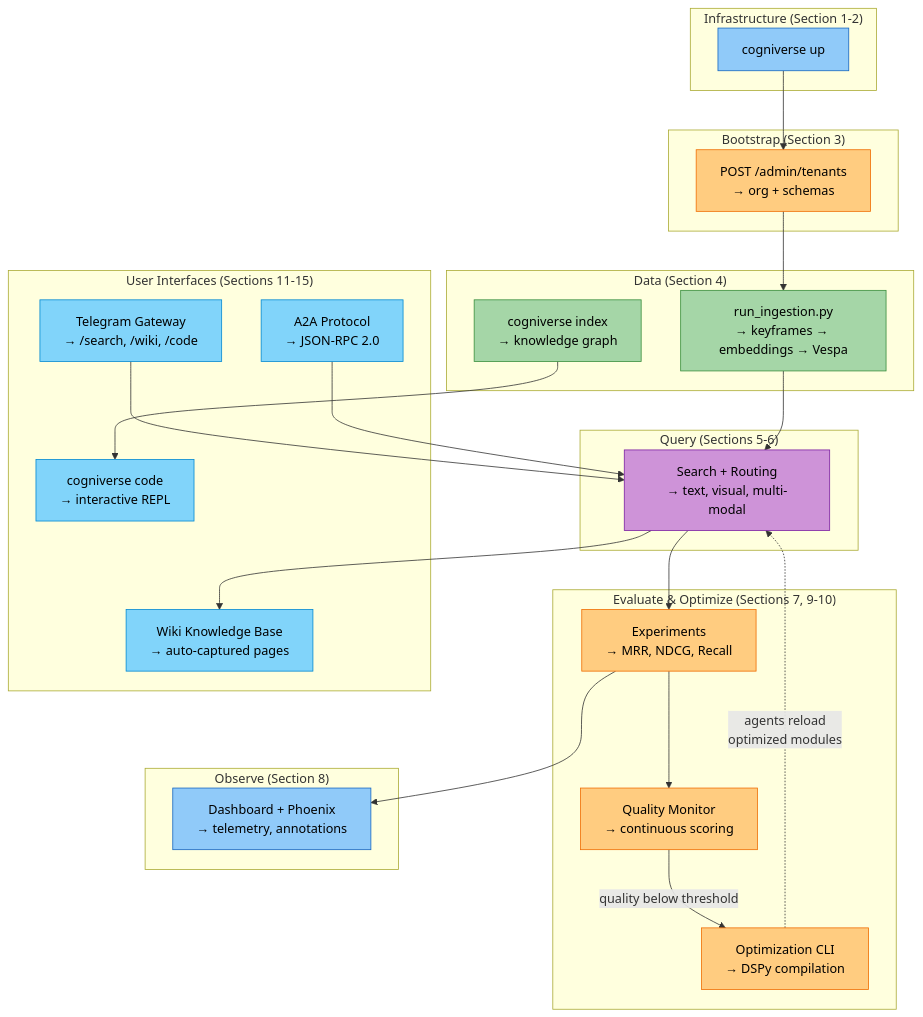
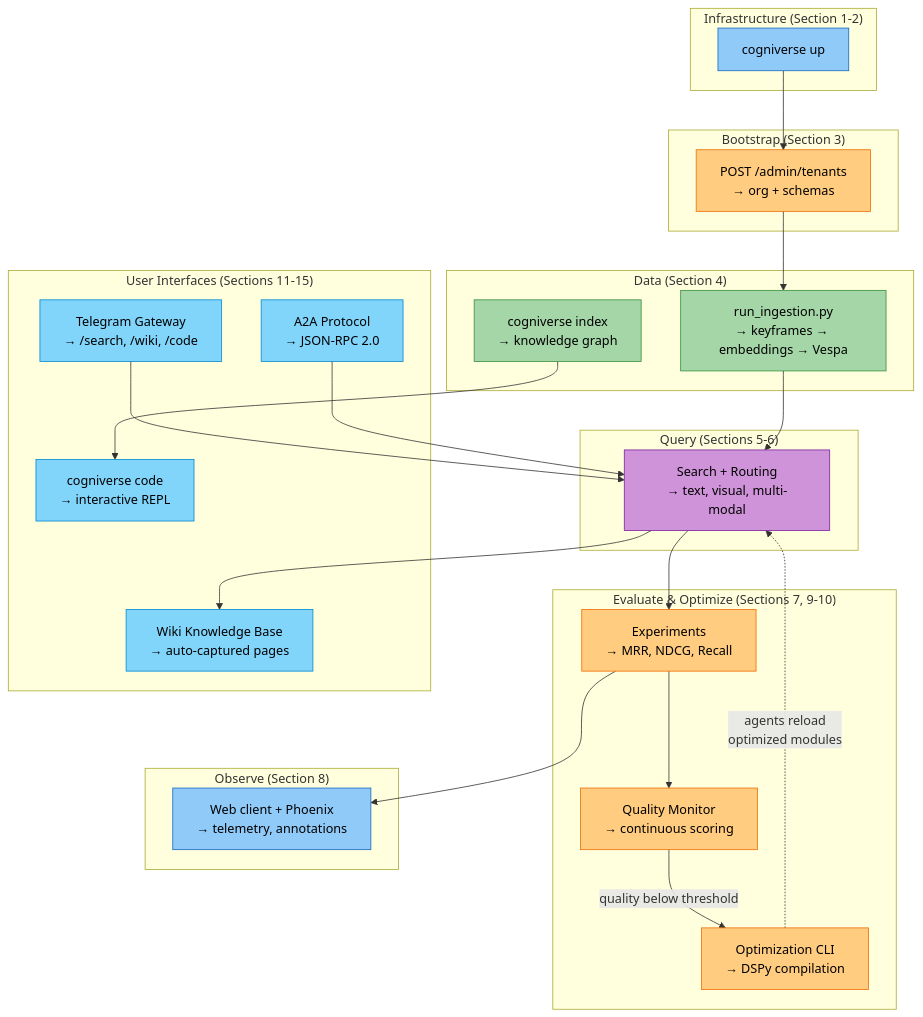
Before and after one commit to amit-jain/cogniverse: the sixth of 6 diagrams in docs/setup/live-demo-guide.md, drawn with Mermaid. The commit also changed other lines of this file and 22 other files, not shown here.

First line of the commit message:
Point the docs to the web client

````diff
--- a/docs/setup/live-demo-guide.md
+++ b/docs/setup/live-demo-guide.md
@@ -1074,64 +1068,64 @@
 ```mermaid
 flowchart TD
     subgraph "Infrastructure (Section 1-2)"
         DC["<span style='color:#000'>cogniverse up</span>"]
     end
 
     subgraph "Bootstrap (Section 3)"
         TENANT["<span style='color:#000'>POST /admin/tenants<br/>→ org + schemas</span>"]
     end
 
     subgraph "Data (Section 4)"
         INGEST["<span style='color:#000'>run_ingestion.py<br/>→ keyframes → embeddings → Vespa</span>"]
         KG["<span style='color:#000'>cogniverse index<br/>→ knowledge graph</span>"]
     end
 
     subgraph "Query (Sections 5-6)"
         SEARCH["<span style='color:#000'>Search + Routing<br/>→ text, visual, multi-modal</span>"]
     end
 
     subgraph "Evaluate & Optimize (Sections 7, 9-10)"
         EXP["<span style='color:#000'>Experiments<br/>→ MRR, NDCG, Recall</span>"]
         QM["<span style='color:#000'>Quality Monitor<br/>→ continuous scoring</span>"]
         OPT["<span style='color:#000'>Optimization CLI<br/>→ DSPy compilation</span>"]
     end
 
     subgraph "Observe (Section 8)"
-        DASH["<span style='color:#000'>Dashboard + Phoenix<br/>→ telemetry, annotations</span>"]
+        DASH["<span style='color:#000'>Web client + Phoenix<br/>→ telemetry, annotations</span>"]
     end
 
     subgraph "User Interfaces (Sections 11-15)"
         TG["<span style='color:#000'>Telegram Gateway<br/>→ /search, /wiki, /code</span>"]
         WIKI["<span style='color:#000'>Wiki Knowledge Base<br/>→ auto-captured pages</span>"]
         CODE["<span style='color:#000'>cogniverse code<br/>→ interactive REPL</span>"]
         A2A["<span style='color:#000'>A2A Protocol<br/>→ JSON-RPC 2.0</span>"]
     end
 
     DC --> TENANT --> INGEST
     INGEST --> SEARCH
     KG --> CODE
 
     SEARCH --> EXP
     SEARCH --> WIKI
     EXP --> QM
     QM -->|"quality below threshold"| OPT
     OPT -.->|"agents reload<br/>optimized modules"| SEARCH
     EXP --> DASH
 
     TG --> SEARCH
     A2A --> SEARCH
 
     style DC fill:#90caf9,stroke:#1565c0,color:#000
     style TENANT fill:#ffcc80,stroke:#ef6c00,color:#000
     style INGEST fill:#a5d6a7,stroke:#388e3c,color:#000
     style KG fill:#a5d6a7,stroke:#388e3c,color:#000
     style SEARCH fill:#ce93d8,stroke:#7b1fa2,color:#000
     style EXP fill:#ffcc80,stroke:#ef6c00,color:#000
     style QM fill:#ffcc80,stroke:#ef6c00,color:#000
     style OPT fill:#ffcc80,stroke:#ef6c00,color:#000
     style DASH fill:#90caf9,stroke:#1565c0,color:#000
     style TG fill:#81d4fa,stroke:#0288d1,color:#000
     style WIKI fill:#81d4fa,stroke:#0288d1,color:#000
     style CODE fill:#81d4fa,stroke:#0288d1,color:#000
     style A2A fill:#81d4fa,stroke:#0288d1,color:#000
 ```
````
